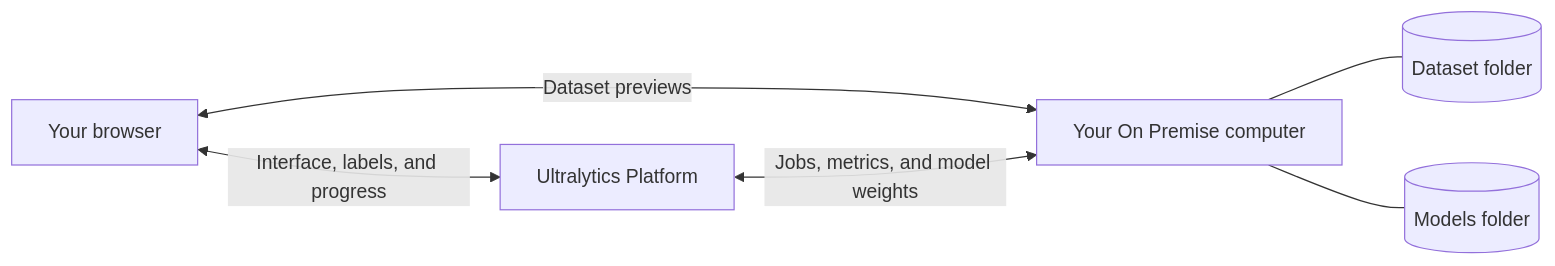
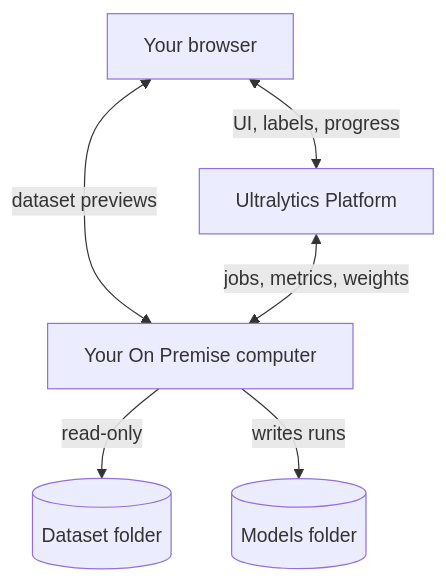
Before and after one commit to ultralytics/ultralytics: the diagram in docs/en/platform/integrations/on-premise.md, drawn with Mermaid. The commit also changed 20 other files, not shown here.

Commit message:
Migrate docs Mermaid diagrams to the unified design system (#26573)

````diff
--- a/docs/en/platform/integrations/on-premise.md
+++ b/docs/en/platform/integrations/on-premise.md
@@ -20,8 +20,8 @@
 ```mermaid
-flowchart LR
-    A[Your browser] <-->|Interface, labels, and progress| B[Ultralytics Platform]
-    A <-->|Dataset previews| C[Your On Premise computer]
-    B <-->|Jobs, metrics, and model weights| C
-    C --- D[(Dataset folder)]
-    C --- E[(Models folder)]
+flowchart TD
+    A[Your browser] <-->|UI, labels, progress| B[Ultralytics Platform]
+    A <-->|dataset previews| C[Your On Premise computer]
+    B <-->|jobs, metrics, weights| C
+    C -->|read-only| D[(Dataset folder)]
+    C -->|writes runs| E[(Models folder)]
 ```
````
